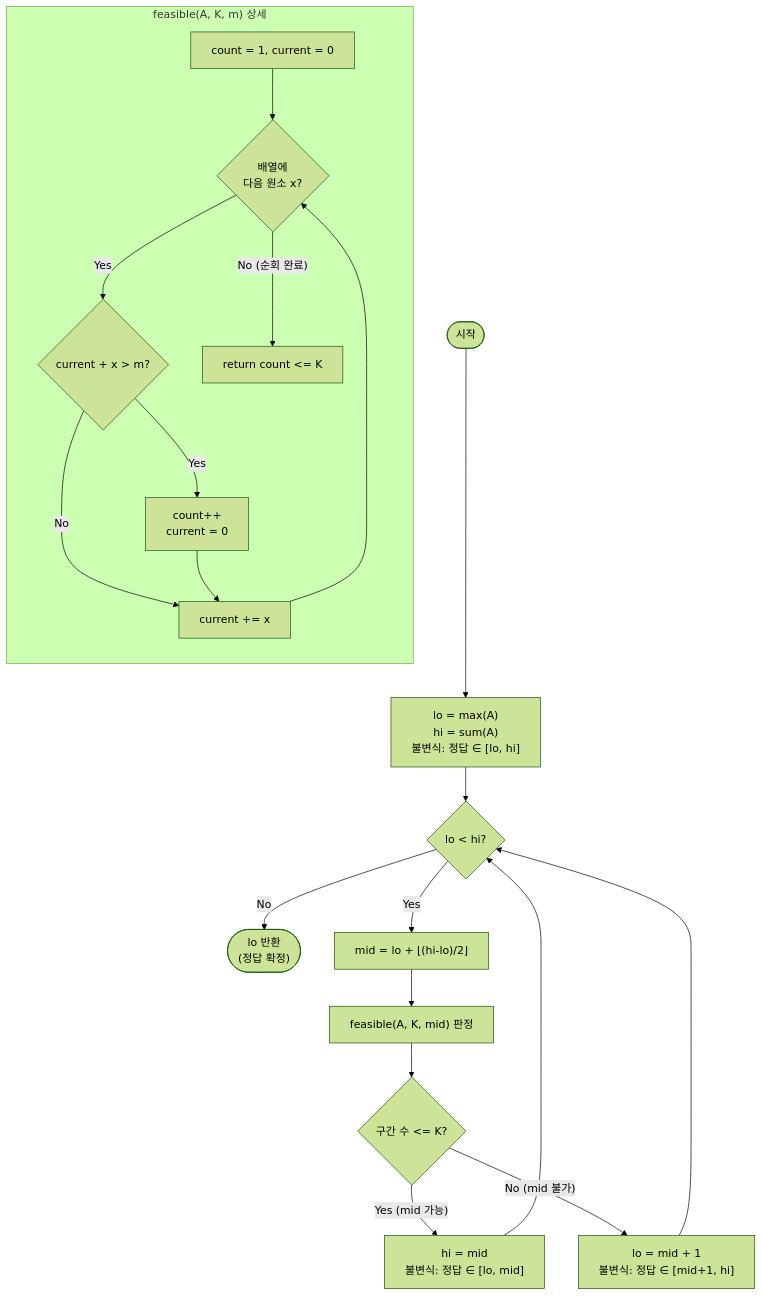
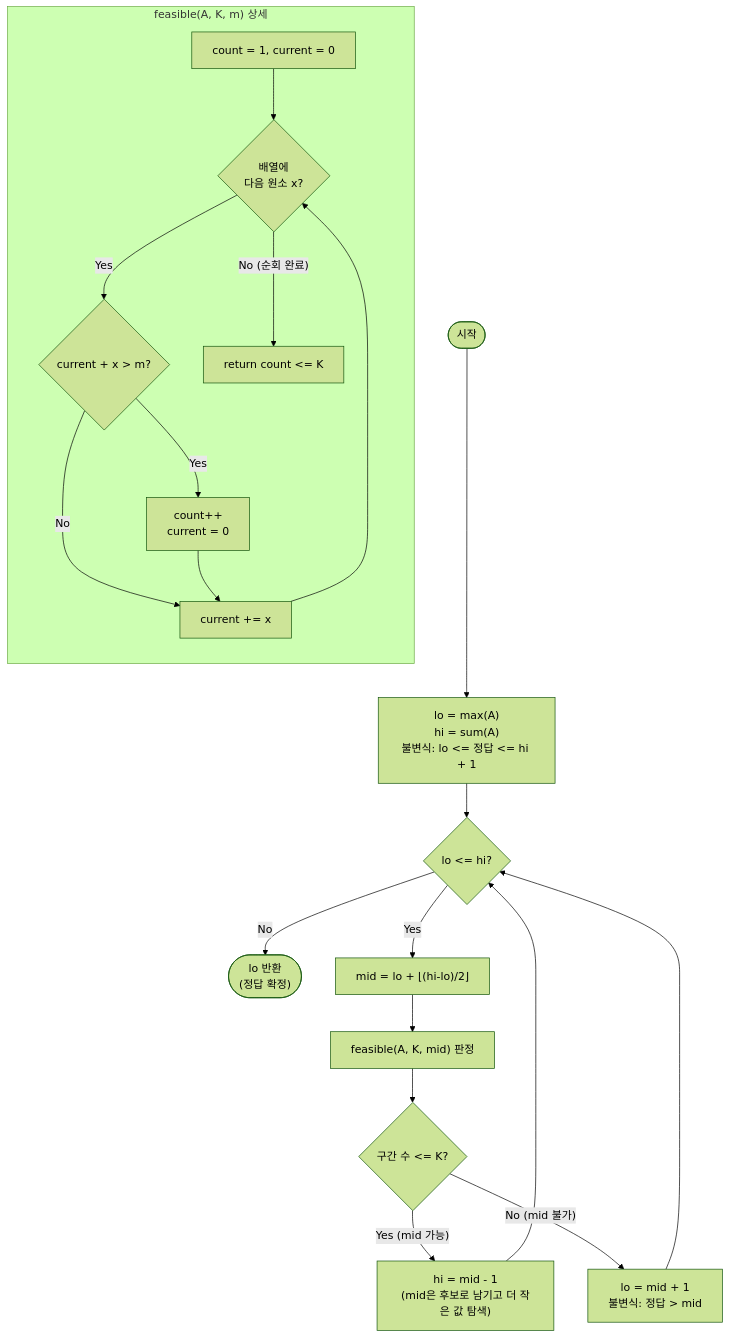
One commit to centurio1987/grow-up-programming changed the diagram in src/algorithms/binary-search/parametricBinarySearch/parametricBinarySearch-guide.mdx. Above: the diagram before and after it, drawn with Mermaid (forest theme). The commit also changed other lines of this file and 7 other files, not shown here.

````diff
--- a/src/algorithms/binary-search/parametricBinarySearch/parametricBinarySearch-guide.mdx
+++ b/src/algorithms/binary-search/parametricBinarySearch/parametricBinarySearch-guide.mdx
@@ -274,24 +400,24 @@
 ```mermaid
 flowchart TD
-    A([시작]) --> B["lo = max(A)\nhi = sum(A)\n불변식: 정답 ∈ [lo, hi]"]
-    B --> C{lo < hi?}
+    A([시작]) --> B["lo = max(A)\nhi = sum(A)\n불변식: lo <= 정답 <= hi + 1"]
+    B --> C{"lo <= hi?"}
     C -- No --> G(["lo 반환\n(정답 확정)"])
     C -- Yes --> D["mid = lo + ⌊(hi-lo)/2⌋"]
     D --> E["feasible(A, K, mid) 판정"]
     E --> F{구간 수 <= K?}
-    F -- "Yes (mid 가능)" --> H["hi = mid\n불변식: 정답 ∈ [lo, mid]"]
-    F -- "No (mid 불가)" --> I["lo = mid + 1\n불변식: 정답 ∈ [mid+1, hi]"]
+    F -- "Yes (mid 가능)" --> H["hi = mid - 1\n(mid은 후보로 남기고 더 작은 값 탐색)"]
+    F -- "No (mid 불가)" --> I["lo = mid + 1\n불변식: 정답 > mid"]
     H --> C
     I --> C
 
     subgraph feasible["feasible(A, K, m) 상세"]
         direction TB
         P["count = 1, current = 0"] --> Q
         Q{배열에\n다음 원소 x?} -- Yes --> R{"current + x > m?"}
         R -- Yes --> S["count++\ncurrent = 0"]
         R -- No --> T["current += x"]
         S --> T
         T --> Q
         Q -- "No (순회 완료)" --> U["return count <= K"]
     end
 ```
````
